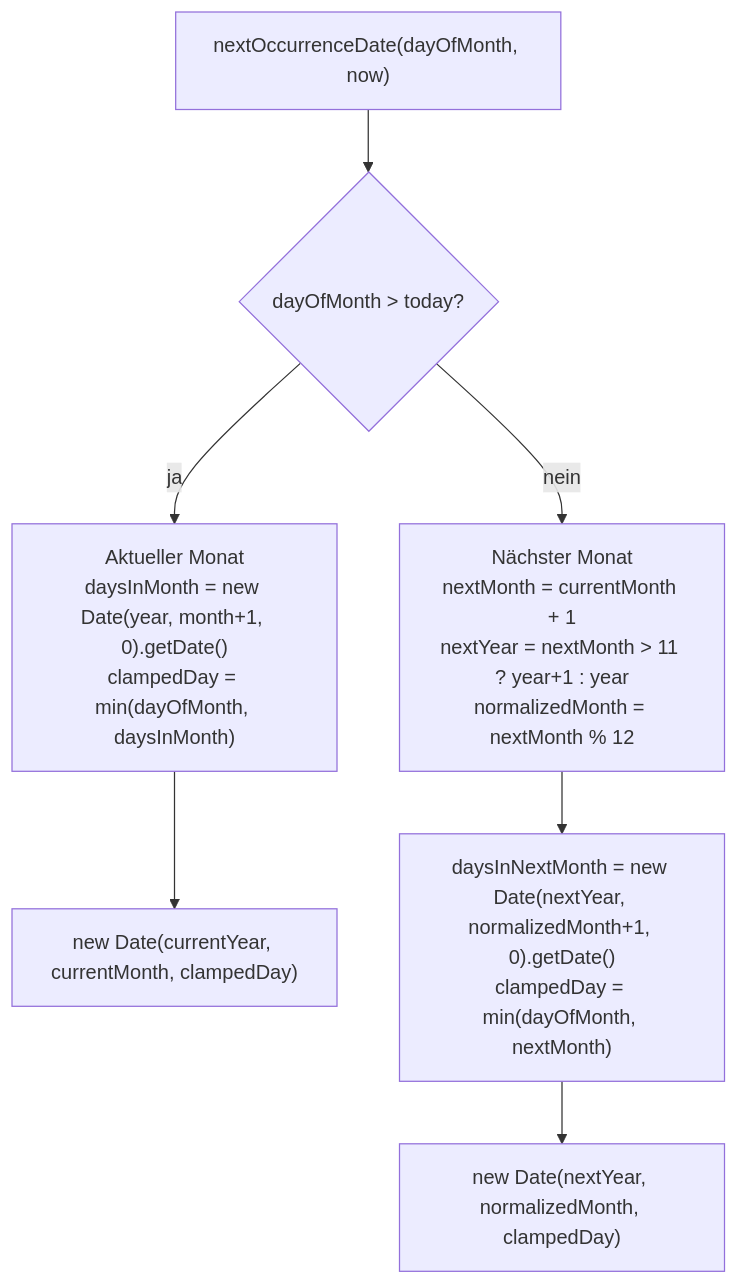
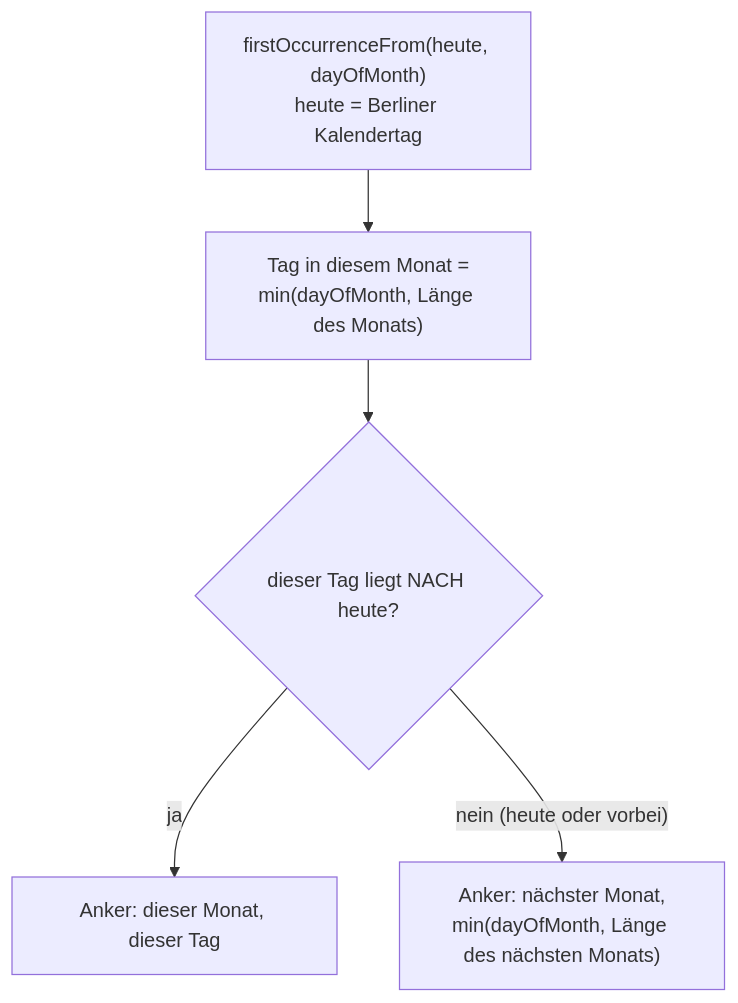
One commit to konradthiemann/Doewe changed the second of 3 diagrams in docs/calculations/03-wiederkehrende-transaktionen.md. Above: the diagram before and after it, drawn with Mermaid. The commit also changed other lines of this file and 9 other files, not shown here.

````diff
--- a/docs/calculations/03-wiederkehrende-transaktionen.md
+++ b/docs/calculations/03-wiederkehrende-transaktionen.md
@@ -65,9 +145,7 @@
 ```mermaid
 flowchart TD
-    A["nextOccurrenceDate(dayOfMonth, now)"] --> B{dayOfMonth > today?}
-    B -->|ja| C["Aktueller Monat\ndaysInMonth = new Date(year, month+1, 0).getDate()\nclampedDay = min(dayOfMonth, daysInMonth)"]
-    C --> D["new Date(currentYear, currentMonth, clampedDay)"]
-    B -->|nein| E["Nächster Monat\nnextMonth = currentMonth + 1\nnextYear = nextMonth > 11 ? year+1 : year\nnormalizedMonth = nextMonth % 12"]
-    E --> F["daysInNextMonth = new Date(nextYear, normalizedMonth+1, 0).getDate()\nclampedDay = min(dayOfMonth, nextMonth)"]
-    F --> G["new Date(nextYear, normalizedMonth, clampedDay)"]
+    A["firstOccurrenceFrom(heute, dayOfMonth)\nheute = Berliner Kalendertag"] --> B["Tag in diesem Monat =\nmin(dayOfMonth, Länge des Monats)"]
+    B --> C{"dieser Tag liegt NACH heute?"}
+    C -->|ja| D["Anker: dieser Monat, dieser Tag"]
+    C -->|"nein (heute oder vorbei)"| E["Anker: nächster Monat,\nmin(dayOfMonth, Länge des nächsten Monats)"]
 ```
````
